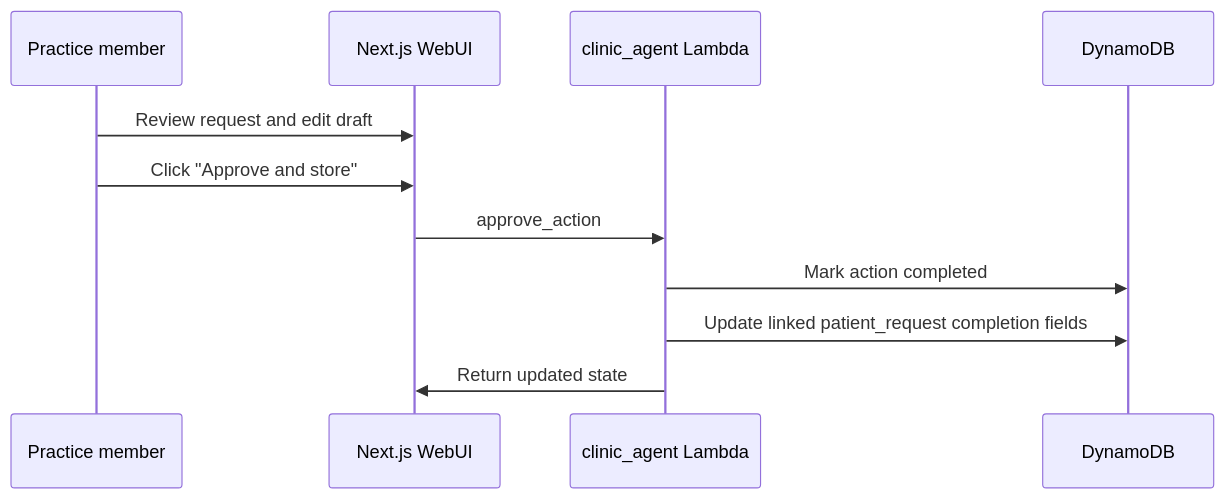
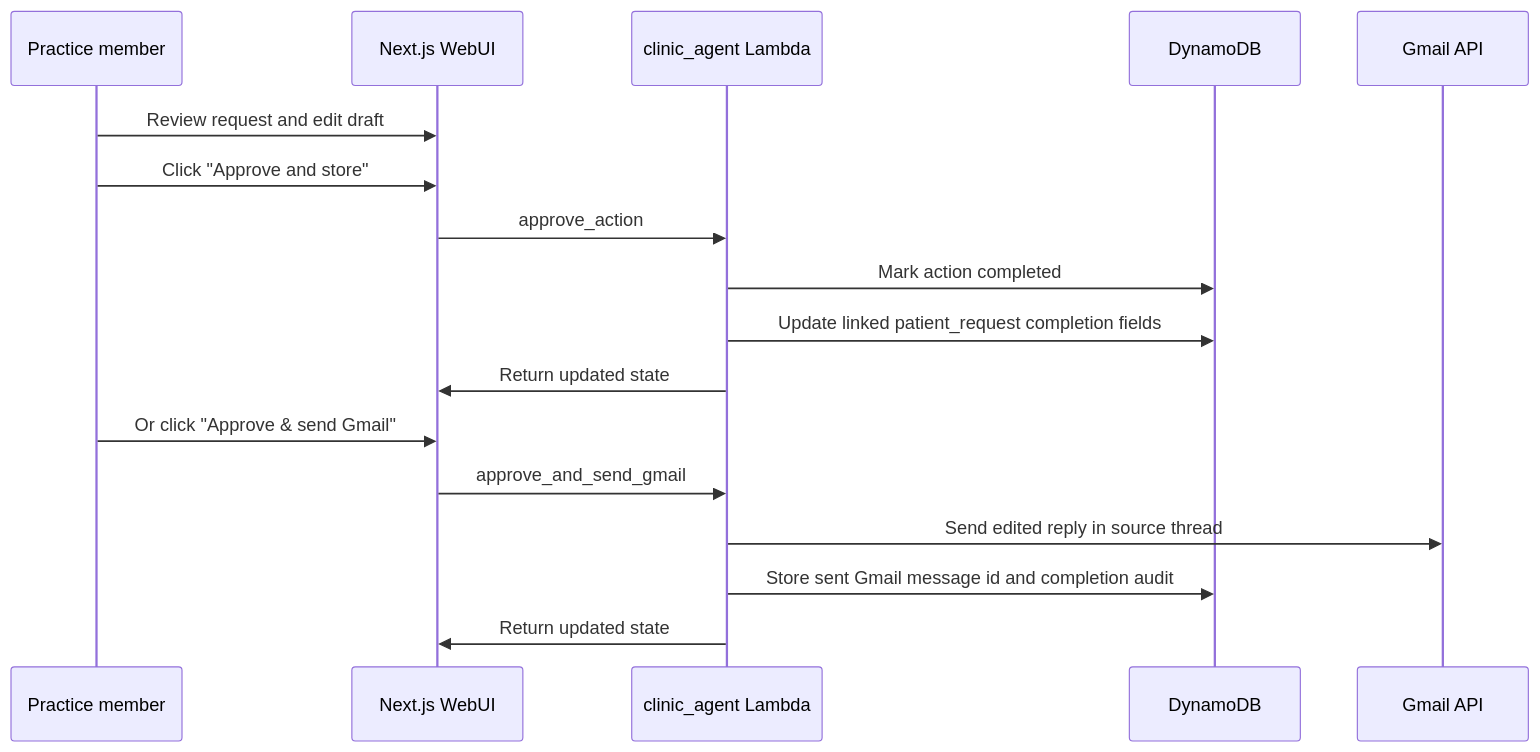
Before and after one commit to suhanisho/infiapp: the fifth of 5 diagrams in docs/high-level-design.md, drawn with Mermaid. The commit also changed other lines of this file and 12 other files, not shown here.

````diff
--- a/docs/high-level-design.md
+++ b/docs/high-level-design.md
@@ -438,14 +440,21 @@
 ```mermaid
 sequenceDiagram
     participant User as Practice member
     participant Web as Next.js WebUI
     participant Lambda as clinic_agent Lambda
     participant DB as DynamoDB
+    participant Gmail as Gmail API
 
     User->>Web: Review request and edit draft
     User->>Web: Click "Approve and store"
     Web->>Lambda: approve_action
     Lambda->>DB: Mark action completed
     Lambda->>DB: Update linked patient_request completion fields
     Lambda->>Web: Return updated state
+
+    User->>Web: Or click "Approve & send Gmail"
+    Web->>Lambda: approve_and_send_gmail
+    Lambda->>Gmail: Send edited reply in source thread
+    Lambda->>DB: Store sent Gmail message id and completion audit
+    Lambda->>Web: Return updated state
 ```
````
